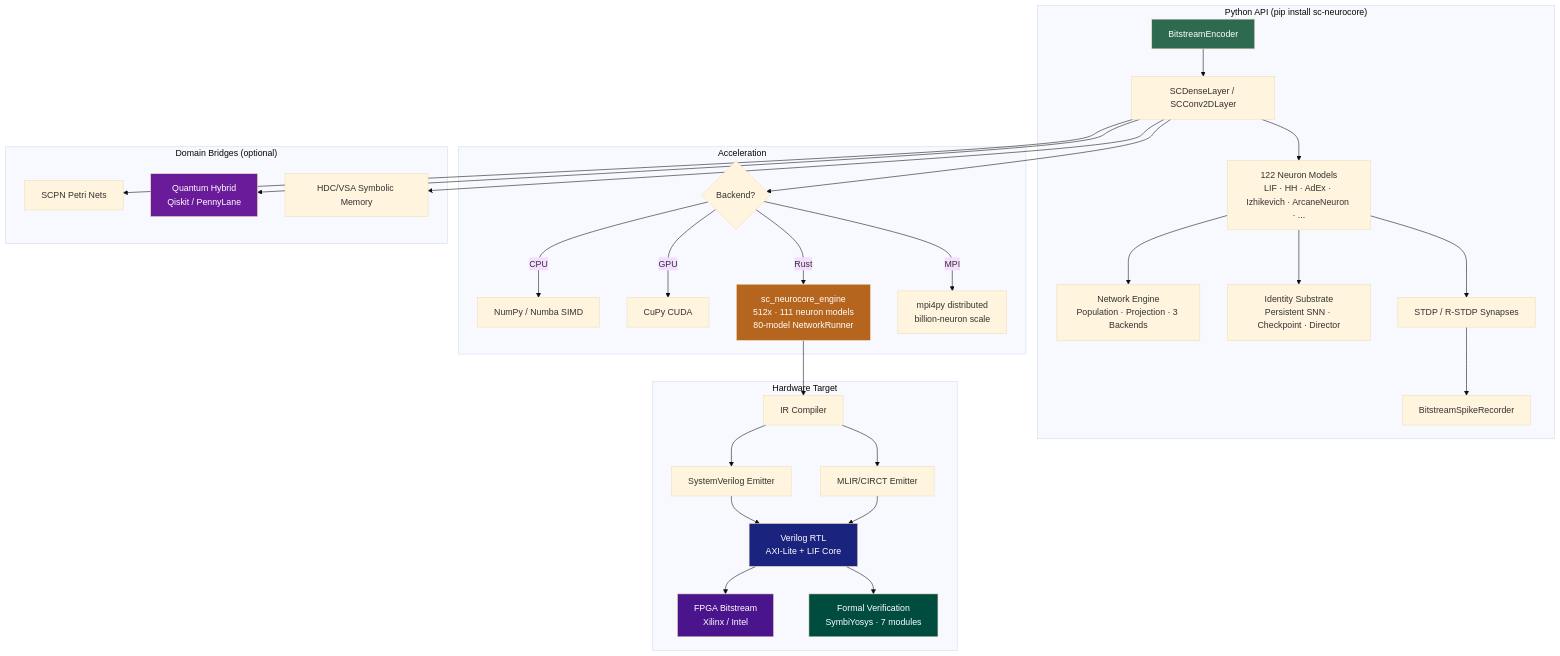
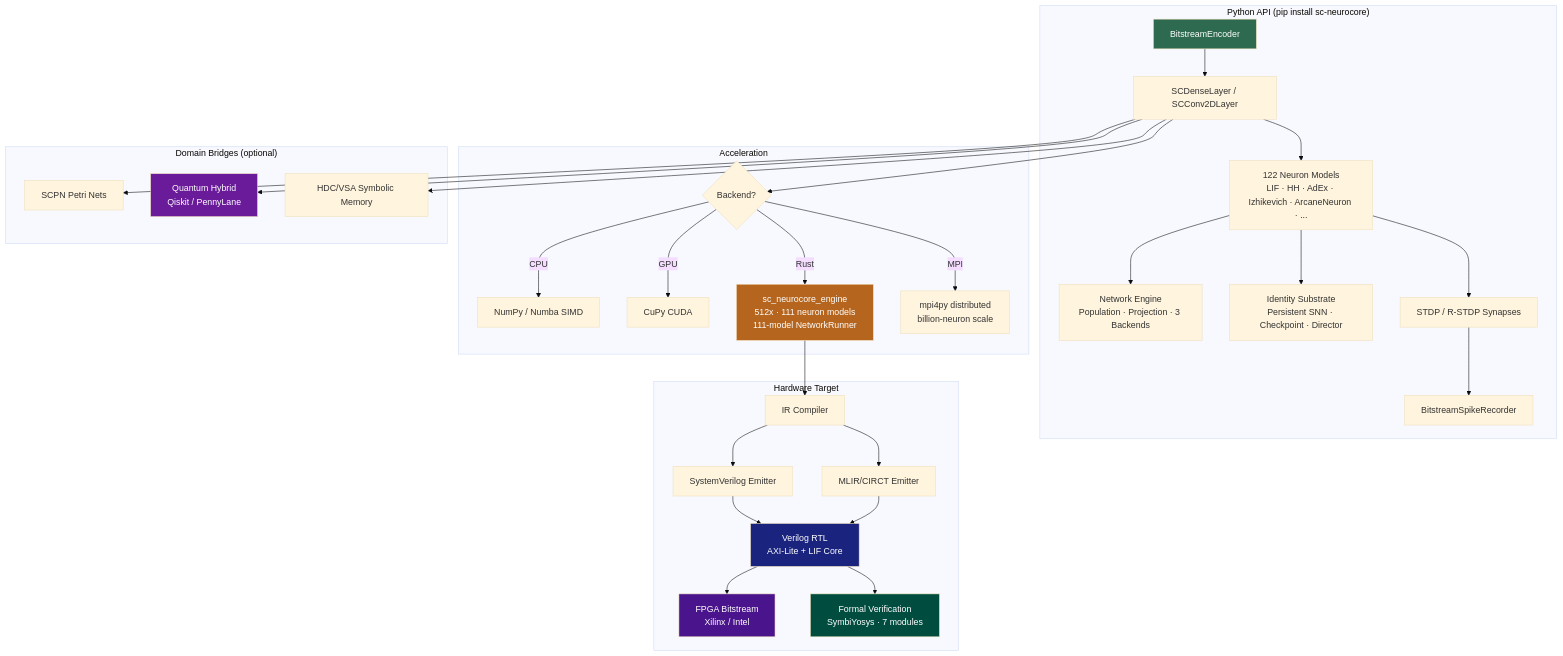
Before and after one commit to anulum/sc-neurocore: the diagram in README.md, drawn with Mermaid (base theme). The commit also changed other lines of this file and 10 other files, not shown here.

````diff
--- a/README.md
+++ b/README.md
@@ -216,42 +216,42 @@
 ```mermaid
 graph TD
     subgraph "Python API (pip install sc-neurocore)"
         A[BitstreamEncoder] --> B[SCDenseLayer / SCConv2DLayer]
         B --> C[122 Neuron Models<br/>LIF · HH · AdEx · Izhikevich · ArcaneNeuron · ...]
         C --> NET[Network Engine<br/>Population · Projection · 3 Backends]
         C --> ID[Identity Substrate<br/>Persistent SNN · Checkpoint · Director]
         C --> D[STDP / R-STDP Synapses]
         D --> E[BitstreamSpikeRecorder]
     end
 
     subgraph "Acceleration"
         B --> F{Backend?}
         F -->|CPU| G[NumPy / Numba SIMD]
         F -->|GPU| H[CuPy CUDA]
-        F -->|Rust| I[sc_neurocore_engine<br/>512x · 111 neuron models<br/>80-model NetworkRunner]
+        F -->|Rust| I[sc_neurocore_engine<br/>512x · 111 neuron models<br/>111-model NetworkRunner]
         F -->|MPI| MPI[mpi4py distributed<br/>billion-neuron scale]
     end
 
     subgraph "Hardware Target"
         I --> J[IR Compiler]
         J --> K[SystemVerilog Emitter]
         J --> K2[MLIR/CIRCT Emitter]
         K --> L[Verilog RTL<br/>AXI-Lite + LIF Core]
         K2 --> L
         L --> M[FPGA Bitstream<br/>Xilinx / Intel]
         L --> V[Formal Verification<br/>SymbiYosys · 7 modules]
     end
 
     subgraph "Domain Bridges (optional)"
         B --> N[SCPN Petri Nets]
         B --> O[Quantum Hybrid<br/>Qiskit / PennyLane]
         B --> P[HDC/VSA Symbolic Memory]
     end
 
     style A fill:#2d6a4f,color:#fff
     style I fill:#b5651d,color:#fff
     style L fill:#1a237e,color:#fff
     style M fill:#4a148c,color:#fff
     style O fill:#6a1b9a,color:#fff
     style V fill:#004d40,color:#fff
 ```
````
